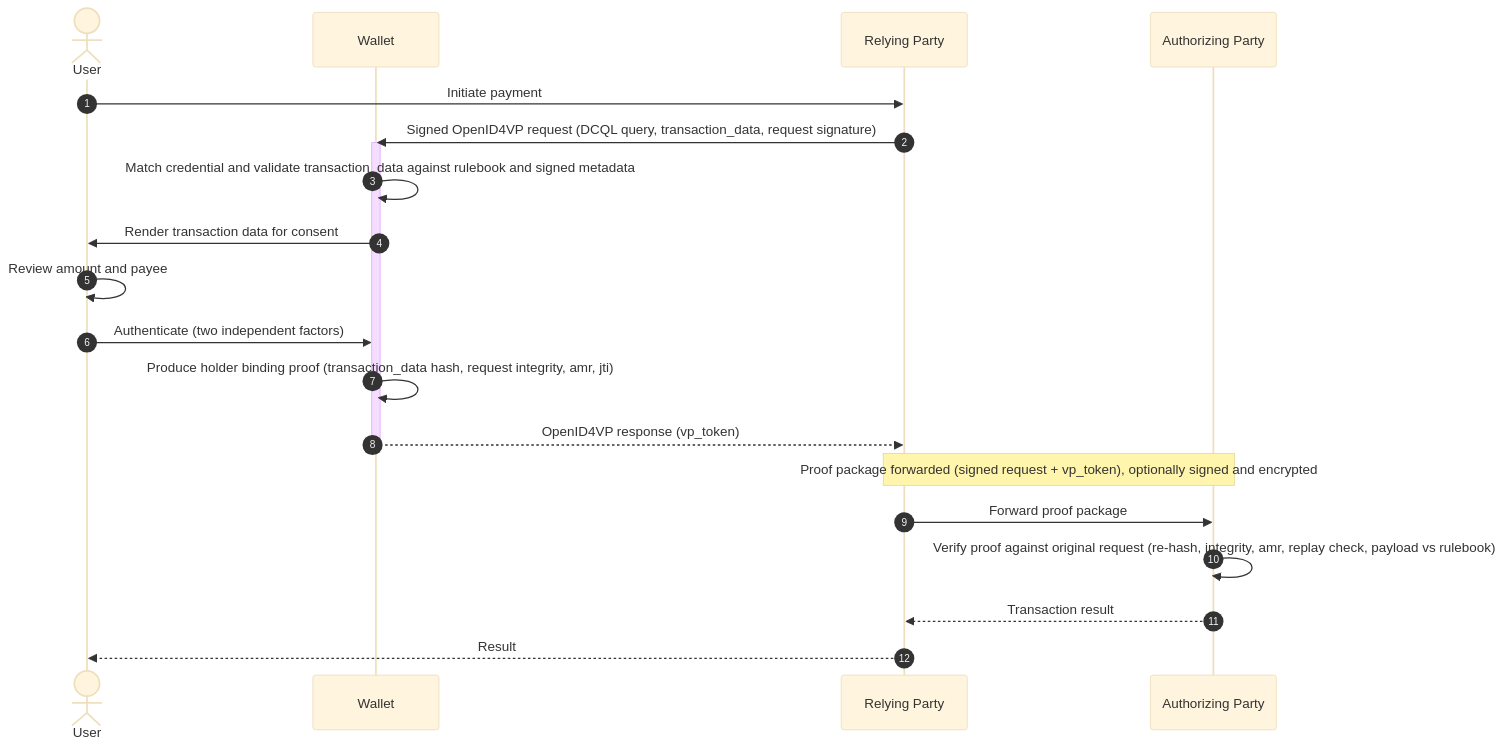
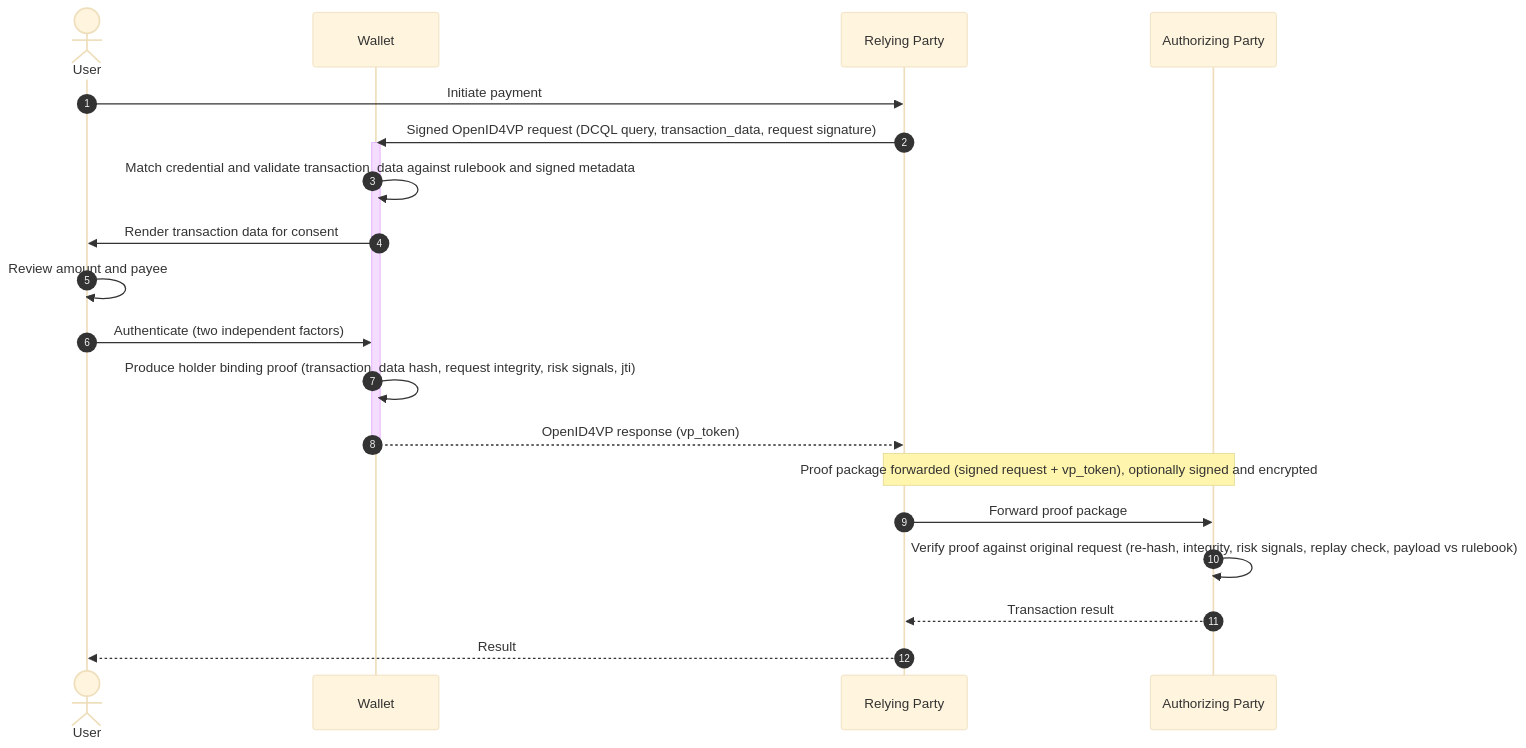
One commit to APTITUDE-Consortium/payments-and-sca-for-openid changed the second of 2 diagrams in README.md. Above: the diagram before and after it, drawn with Mermaid (base theme). The commit also changed other lines of this file and 2 other files, not shown here.

Commit message:
docs: link risk signal registry and default profile; align README SCA narrative

````diff
--- a/README.md
+++ b/README.md
@@ -225,24 +225,24 @@
 ```mermaid
 sequenceDiagram
     autonumber
     actor user as User
     participant wallet as Wallet
     participant rp as Relying Party
     participant ap as Authorizing Party
 
     user ->> rp: Initiate payment
     rp ->> wallet: Signed OpenID4VP request (DCQL query, transaction_data, request signature)
     activate wallet
     wallet ->> wallet: Match credential and validate transaction_data against rulebook and signed metadata
     wallet ->> user: Render transaction data for consent
     user ->> user: Review amount and payee
     user ->> wallet: Authenticate (two independent factors)
-    wallet ->> wallet: Produce holder binding proof (transaction_data hash, request integrity, amr, jti)
+    wallet ->> wallet: Produce holder binding proof (transaction_data hash, request integrity, risk signals, jti)
     wallet -->> rp: OpenID4VP response (vp_token)
     deactivate wallet
     Note over rp,ap: Proof package forwarded (signed request + vp_token), optionally signed and encrypted
     rp ->> ap: Forward proof package
-    ap ->> ap: Verify proof against original request (re-hash, integrity, amr, replay check, payload vs rulebook)
+    ap ->> ap: Verify proof against original request (re-hash, integrity, risk signals, replay check, payload vs rulebook)
     ap -->> rp: Transaction result
     rp -->> user: Result
 ```
````
